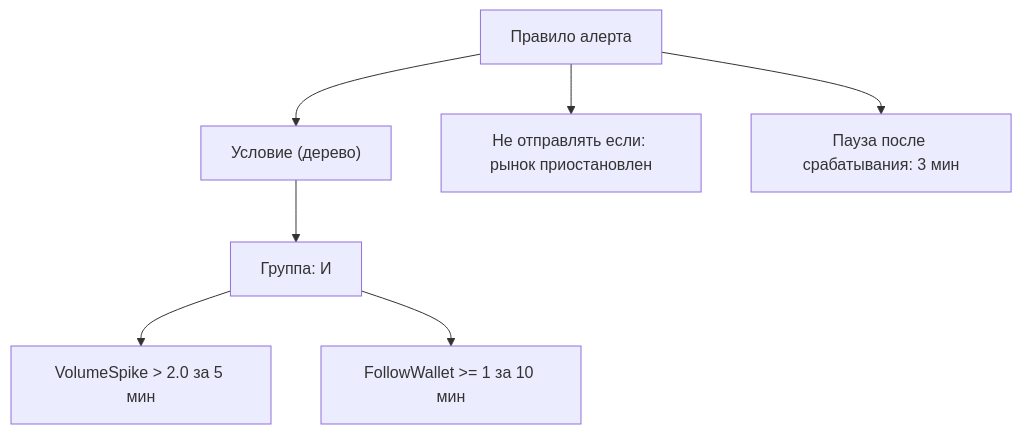
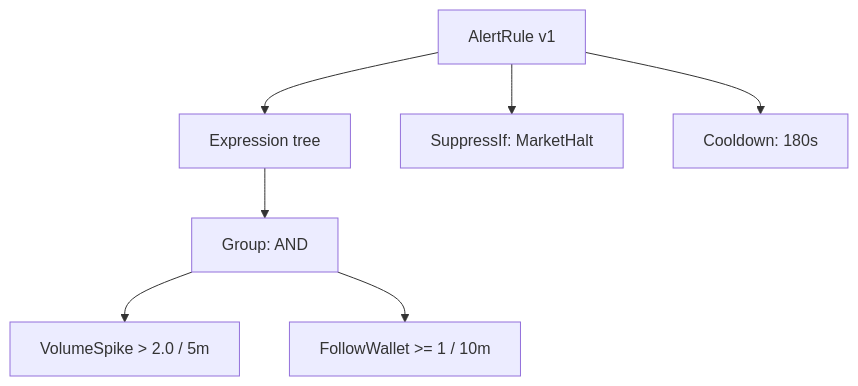
The fourth of 7 diagrams in docs/architecture/architecture-deck.md (MarchenkoRuslan/alarm_system), drawn with Mermaid before and after one commit. The commit also changed other lines of this file, not shown here.

Commit message:
Update architecture documentation with English terminology for clarity and consistency, including changes to data sources, core pipeline, and event structure.

````diff
--- a/docs/architecture/architecture-deck.md
+++ b/docs/architecture/architecture-deck.md
@@ -197,17 +197,17 @@
 ```mermaid
 flowchart TB
-  Rule["Правило алерта"]
-  Expr["Условие (дерево)"]
-  G1["Группа: И"]
-  C1["VolumeSpike > 2.0 за 5 мин"]
-  C2["FollowWallet >= 1 за 10 мин"]
-  Sup["Не отправлять если: рынок приостановлен"]
-  CD["Пауза после срабатывания: 3 мин"]
+  Rule["AlertRule v1"]
+  Expr["Expression tree"]
+  G1["Group: AND"]
+  C1["VolumeSpike > 2.0 / 5m"]
+  C2["FollowWallet >= 1 / 10m"]
+  Sup["SuppressIf: MarketHalt"]
+  CD["Cooldown: 180s"]
 
   Rule --> Expr
   Expr --> G1
   G1 --> C1
   G1 --> C2
   Rule --> Sup
   Rule --> CD
 ```
````
